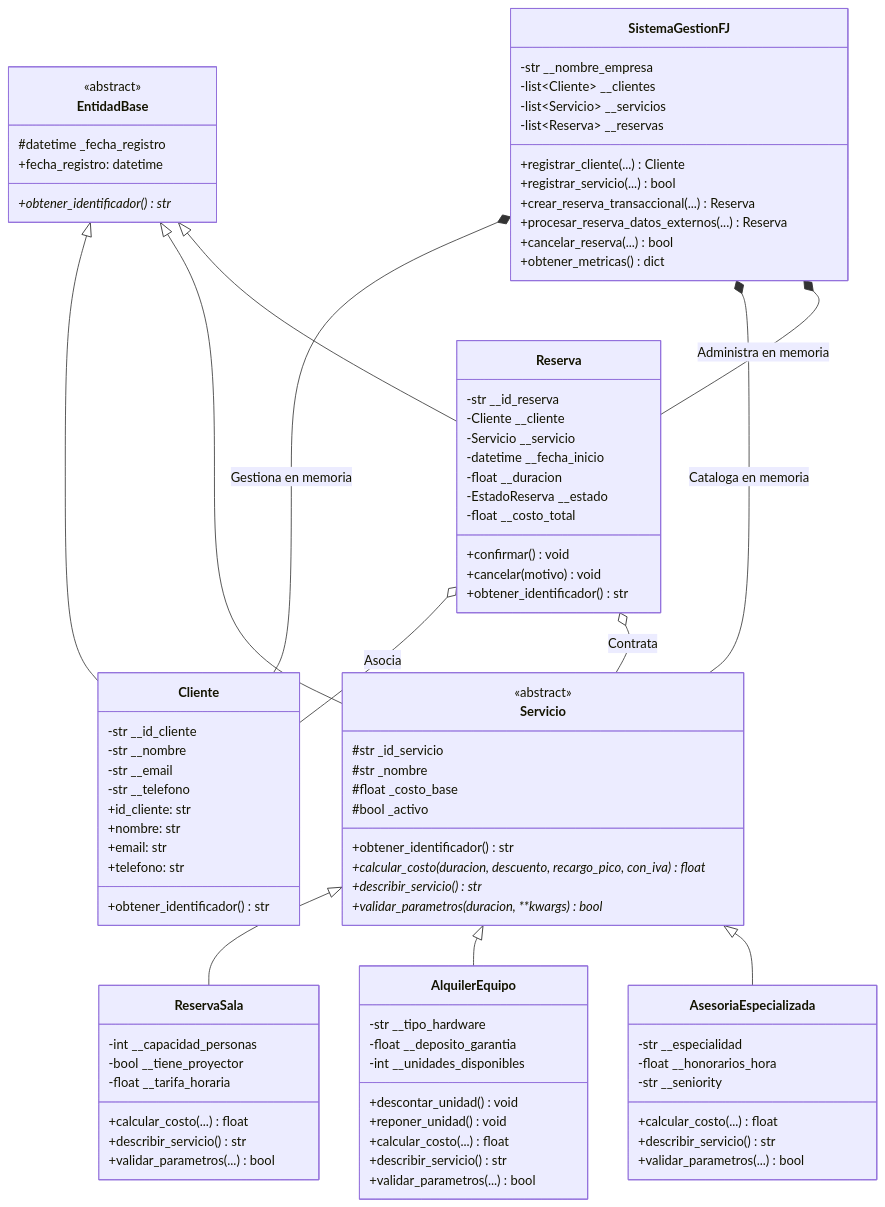
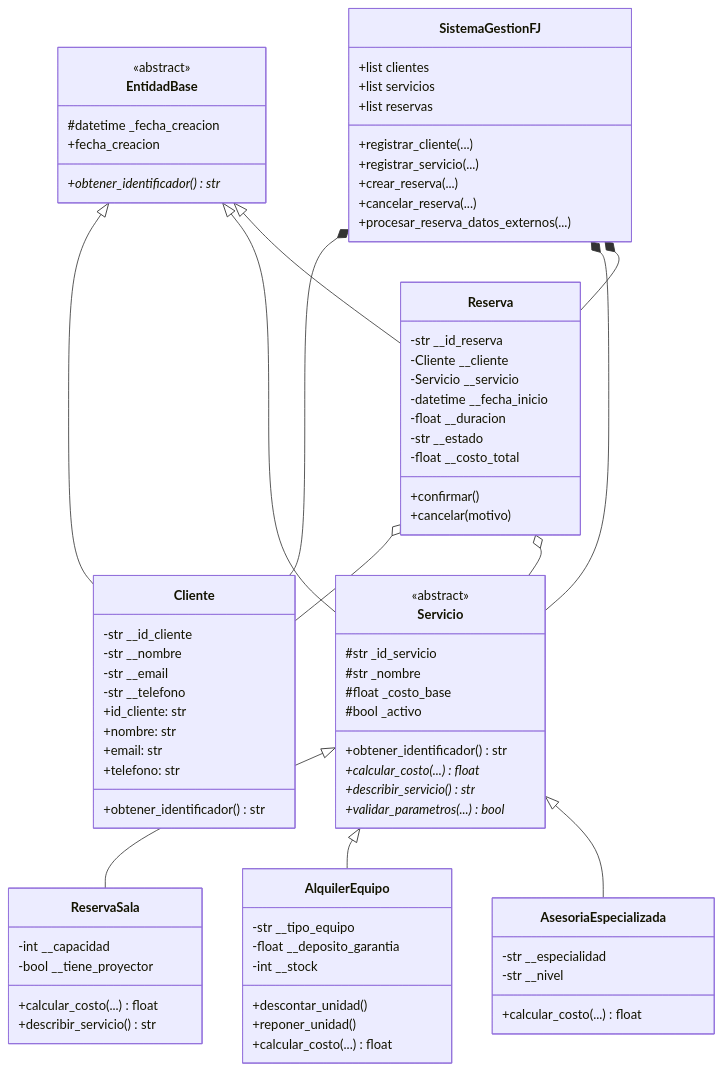
Before and after one commit to korkito1-rgb/UNAD-Fase4-SoftwareFJ: the diagram in README.md, drawn with Mermaid. The commit also changed other lines of this file and 11 other files, not shown here.

````diff
--- a/README.md
+++ b/README.md
@@ -46,8 +40,8 @@
 
     class EntidadBase {
         <<abstract>>
-        #datetime _fecha_registro
-        +fecha_registro: datetime
+        #datetime _fecha_creacion
+        +fecha_creacion
         +obtener_identificador()* str
     }
 
@@ -70,38 +64,31 @@
         #float _costo_base
         #bool _activo
         +obtener_identificador() str
-        +calcular_costo(duracion, descuento, recargo_pico, con_iva)* float
-        +describir_servicio()* str
-        +validar_parametros(duracion, **kwargs)* bool
+        +calcular_costo(...) float*
+        +describir_servicio() str*
+        +validar_parametros(...) bool*
     }
 
     class ReservaSala {
-        -int __capacidad_personas
+        -int __capacidad
         -bool __tiene_proyector
-        -float __tarifa_horaria
         +calcular_costo(...) float
         +describir_servicio() str
-        +validar_parametros(...) bool
     }
 
     class AlquilerEquipo {
-        -str __tipo_hardware
+        -str __tipo_equipo
         -float __deposito_garantia
-        -int __unidades_disponibles
-        +descontar_unidad() void
-        +reponer_unidad() void
+        -int __stock
+        +descontar_unidad()
+        +reponer_unidad()
         +calcular_costo(...) float
-        +describir_servicio() str
-        +validar_parametros(...) bool
     }
 
     class AsesoriaEspecializada {
         -str __especialidad
-        -float __honorarios_hora
-        -str __seniority
+        -str __nivel
         +calcular_costo(...) float
-        +describir_servicio() str
-        +validar_parametros(...) bool
     }
 
     class Reserva {
@@ -110,24 +97,21 @@
         -Servicio __servicio
         -datetime __fecha_inicio
         -float __duracion
-        -EstadoReserva __estado
+        -str __estado
         -float __costo_total
-        +confirmar() void
-        +cancelar(motivo) void
-        +obtener_identificador() str
+        +confirmar()
+        +cancelar(motivo)
     }
 
     class SistemaGestionFJ {
-        -str __nombre_empresa
-        -list~Cliente~ __clientes
-        -list~Servicio~ __servicios
-        -list~Reserva~ __reservas
-        +registrar_cliente(...) Cliente
-        +registrar_servicio(...) bool
-        +crear_reserva_transaccional(...) Reserva
-        +procesar_reserva_datos_externos(...) Reserva
-        +cancelar_reserva(...) bool
-        +obtener_metricas() dict
+        +list clientes
+        +list servicios
+        +list reservas
+        +registrar_cliente(...)
+        +registrar_servicio(...)
+        +crear_reserva(...)
+        +cancelar_reserva(...)
+        +procesar_reserva_datos_externos(...)
     }
 
     EntidadBase <|-- Cliente
@@ -138,9 +122,9 @@
     Servicio <|-- AlquilerEquipo
     Servicio <|-- AsesoriaEspecializada
 
-    Reserva o-- Cliente : Asocia
-    Reserva o-- Servicio : Contrata
-    SistemaGestionFJ *-- Cliente : Gestiona en memoria
-    SistemaGestionFJ *-- Servicio : Cataloga en memoria
-    SistemaGestionFJ *-- Reserva : Administra en memoria
+    Reserva o-- Cliente
+    Reserva o-- Servicio
+    SistemaGestionFJ *-- Cliente
+    SistemaGestionFJ *-- Servicio
+    SistemaGestionFJ *-- Reserva
 ```
````
